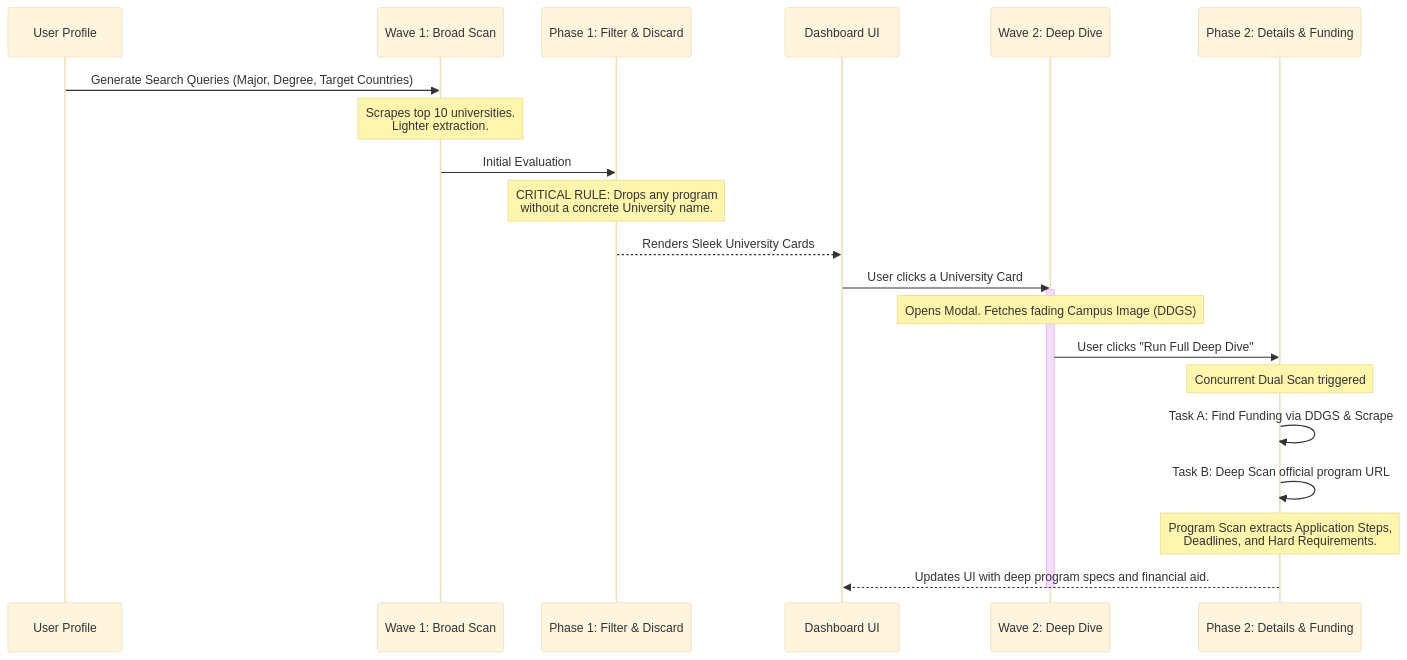
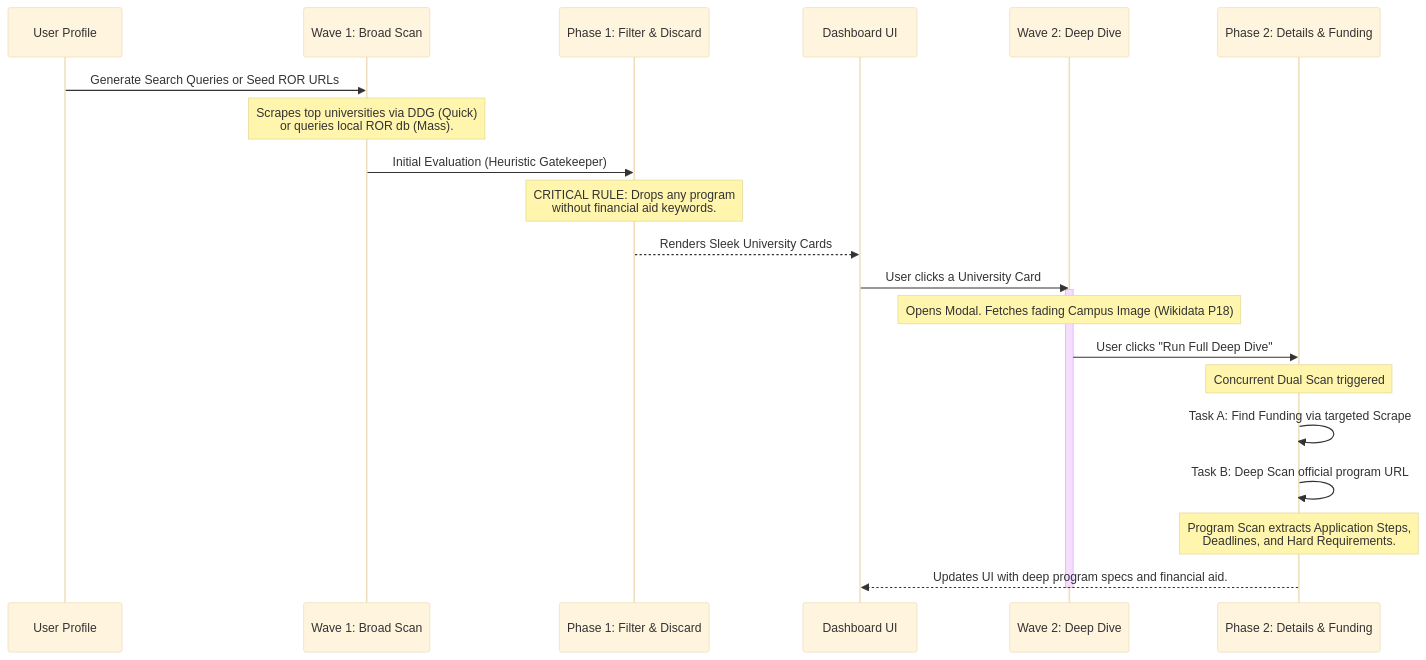
The diagram in docs/discovery_engine.md (miguelangelcdm/scholarship-hunter), drawn with Mermaid (base theme) before and after one commit. The commit also changed other lines of this file and 26 other files, not shown here.

````diff
--- a/docs/discovery_engine.md
+++ b/docs/discovery_engine.md
@@ -9,25 +9,25 @@
 ```mermaid
 sequenceDiagram
     participant User as User Profile
     participant Wave1 as Wave 1: Broad Scan
     participant AI1 as Phase 1: Filter & Discard
     participant UI as Dashboard UI
     participant Wave2 as Wave 2: Deep Dive
     participant AI2 as Phase 2: Details & Funding
 
-    User->>Wave1: Generate Search Queries (Major, Degree, Target Countries)
-    Note over Wave1: Scrapes top 10 universities.<br/>Lighter extraction.
-    Wave1->>AI1: Initial Evaluation
-    Note over AI1: CRITICAL RULE: Drops any program<br/>without a concrete University name.
+    User->>Wave1: Generate Search Queries or Seed ROR URLs
+    Note over Wave1: Scrapes top universities via DDG (Quick)<br/>or queries local ROR db (Mass).
+    Wave1->>AI1: Initial Evaluation (Heuristic Gatekeeper)
+    Note over AI1: CRITICAL RULE: Drops any program<br/>without financial aid keywords.
     AI1-->>UI: Renders Sleek University Cards
     UI->>Wave2: User clicks a University Card
     activate Wave2
-    Note over Wave2: Opens Modal. Fetches fading Campus Image (DDGS)
+    Note over Wave2: Opens Modal. Fetches fading Campus Image (Wikidata P18)
     Wave2->>AI2: User clicks "Run Full Deep Dive"
     Note over AI2: Concurrent Dual Scan triggered
-    AI2->>AI2: Task A: Find Funding via DDGS & Scrape
+    AI2->>AI2: Task A: Find Funding via targeted Scrape
     AI2->>AI2: Task B: Deep Scan official program URL
     Note over AI2: Program Scan extracts Application Steps,<br/>Deadlines, and Hard Requirements.
     AI2-->>UI: Updates UI with deep program specs and financial aid.
     deactivate Wave2
 ```
````
